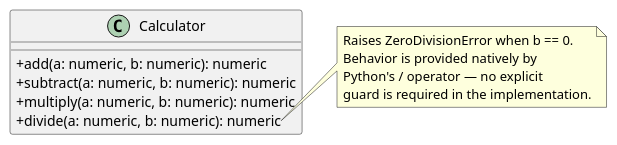
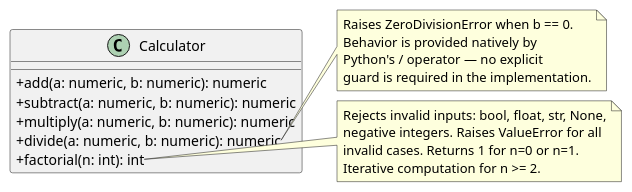
The diagram in artifacts/class_diagram_calculator.puml (DanielRiha8906/Calculator_bachelor_autoevolution_team), drawn with PlantUML before and after one commit. The commit also changed 3 other files, not shown here.

Commit message:
update diagrams: add factorial operation (issue #379)

```diff
--- a/artifacts/class_diagram_calculator.puml
+++ b/artifacts/class_diagram_calculator.puml
@@ -1,18 +1,26 @@
 @startuml
 skinparam classAttributeIconSize 0
 
 class Calculator {
   + add(a: numeric, b: numeric): numeric
   + subtract(a: numeric, b: numeric): numeric
   + multiply(a: numeric, b: numeric): numeric
   + divide(a: numeric, b: numeric): numeric
+  + factorial(n: int): int
 }
 
 note right of Calculator::divide
   Raises ZeroDivisionError when b == 0.
   Behavior is provided natively by
   Python's / operator — no explicit
   guard is required in the implementation.
 end note
 
+note right of Calculator::factorial
+  Rejects invalid inputs: bool, float, str, None,
+  negative integers. Raises ValueError for all
+  invalid cases. Returns 1 for n=0 or n=1.
+  Iterative computation for n >= 2.
+end note
+
 @enduml
```
